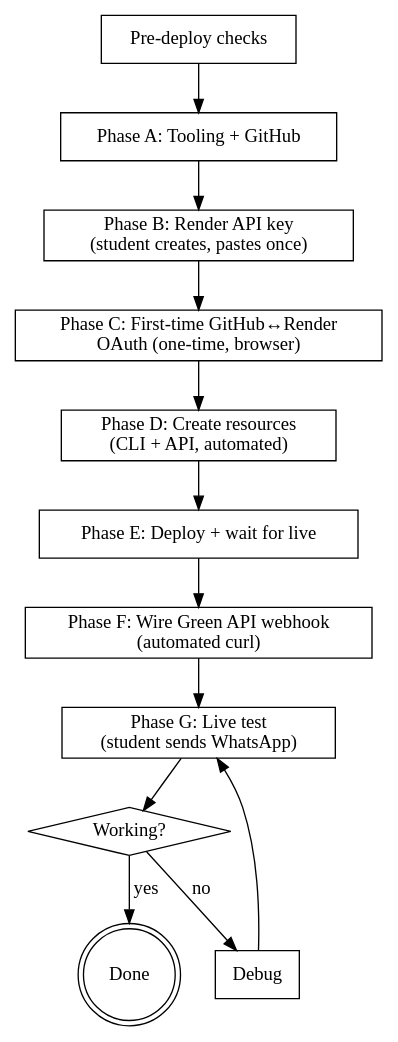
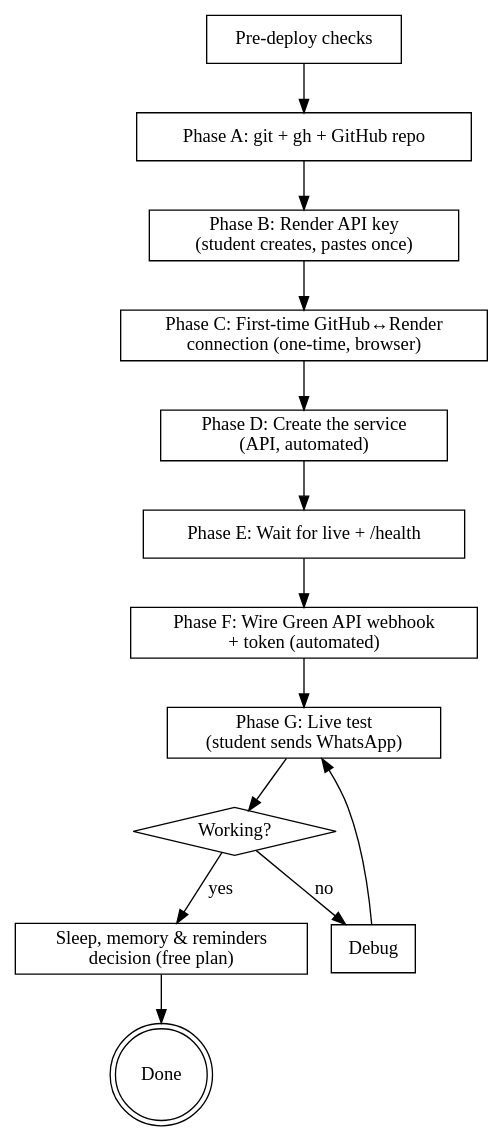
One commit to Asher-pro/wa-whatsapp-agent changed the diagram in skills/wa-deploy/SKILL.md. Above: the diagram before and after it, drawn with Graphviz. The commit also changed other lines of this file and 27 other files, not shown here.

````diff
--- a/skills/wa-deploy/SKILL.md
+++ b/skills/wa-deploy/SKILL.md
@@ -44,28 +48,30 @@
 ```dot
 digraph wa_deploy {
     rankdir=TB;
     "Pre-deploy checks" [shape=box];
-    "Phase A: Tooling + GitHub" [shape=box];
+    "Phase A: git + gh + GitHub repo" [shape=box];
     "Phase B: Render API key\n(student creates, pastes once)" [shape=box];
-    "Phase C: First-time GitHub↔Render\nOAuth (one-time, browser)" [shape=box];
-    "Phase D: Create resources\n(CLI + API, automated)" [shape=box];
-    "Phase E: Deploy + wait for live" [shape=box];
-    "Phase F: Wire Green API webhook\n(automated curl)" [shape=box];
+    "Phase C: First-time GitHub↔Render\nconnection (one-time, browser)" [shape=box];
+    "Phase D: Create the service\n(API, automated)" [shape=box];
+    "Phase E: Wait for live + /health" [shape=box];
+    "Phase F: Wire Green API webhook\n+ token (automated)" [shape=box];
     "Phase G: Live test\n(student sends WhatsApp)" [shape=box];
     "Working?" [shape=diamond];
     "Debug" [shape=box];
+    "Sleep, memory & reminders\ndecision (free plan)" [shape=box];
     "Done" [shape=doublecircle];
 
-    "Pre-deploy checks" -> "Phase A: Tooling + GitHub";
-    "Phase A: Tooling + GitHub" -> "Phase B: Render API key\n(student creates, pastes once)";
-    "Phase B: Render API key\n(student creates, pastes once)" -> "Phase C: First-time GitHub↔Render\nOAuth (one-time, browser)";
-    "Phase C: First-time GitHub↔Render\nOAuth (one-time, browser)" -> "Phase D: Create resources\n(CLI + API, automated)";
-    "Phase D: Create resources\n(CLI + API, automated)" -> "Phase E: Deploy + wait for live";
-    "Phase E: Deploy + wait for live" -> "Phase F: Wire Green API webhook\n(automated curl)";
-    "Phase F: Wire Green API webhook\n(automated curl)" -> "Phase G: Live test\n(student sends WhatsApp)";
+    "Pre-deploy checks" -> "Phase A: git + gh + GitHub repo";
+    "Phase A: git + gh + GitHub repo" -> "Phase B: Render API key\n(student creates, pastes once)";
+    "Phase B: Render API key\n(student creates, pastes once)" -> "Phase C: First-time GitHub↔Render\nconnection (one-time, browser)";
+    "Phase C: First-time GitHub↔Render\nconnection (one-time, browser)" -> "Phase D: Create the service\n(API, automated)";
+    "Phase D: Create the service\n(API, automated)" -> "Phase E: Wait for live + /health";
+    "Phase E: Wait for live + /health" -> "Phase F: Wire Green API webhook\n+ token (automated)";
+    "Phase F: Wire Green API webhook\n+ token (automated)" -> "Phase G: Live test\n(student sends WhatsApp)";
     "Phase G: Live test\n(student sends WhatsApp)" -> "Working?";
-    "Working?" -> "Done" [label="yes"];
+    "Working?" -> "Sleep, memory & reminders\ndecision (free plan)" [label="yes"];
     "Working?" -> "Debug" [label="no"];
     "Debug" -> "Phase G: Live test\n(student sends WhatsApp)";
+    "Sleep, memory & reminders\ndecision (free plan)" -> "Done";
 }
 ```
````
